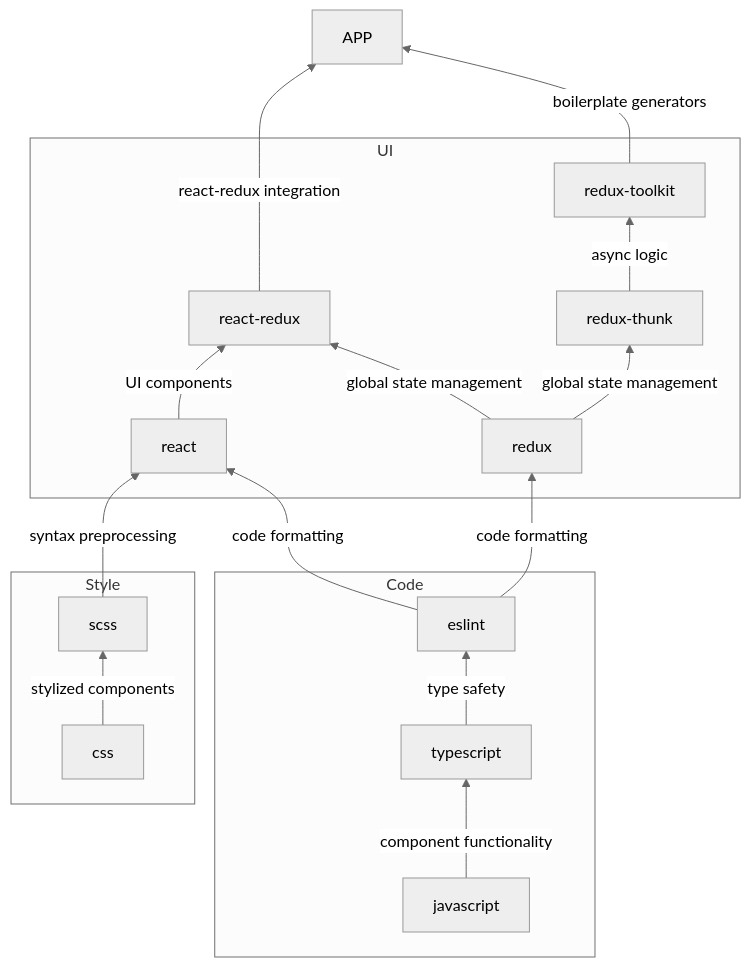
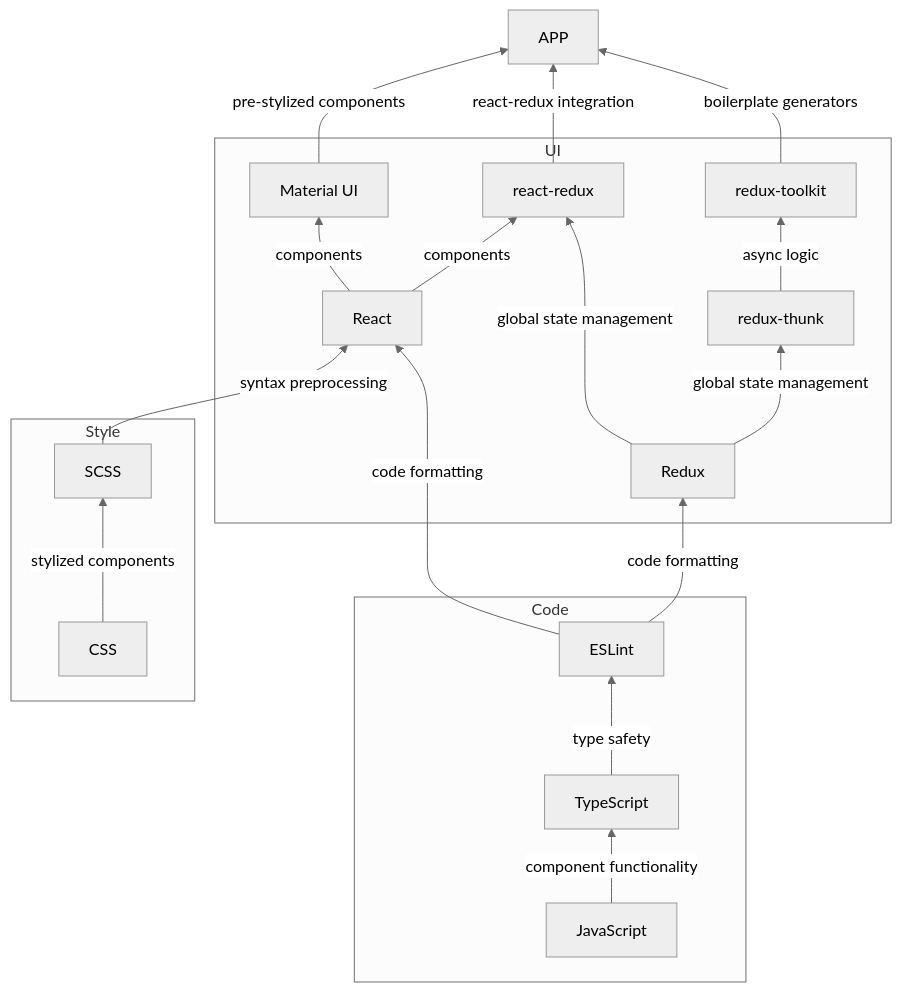
Before and after one commit to ocadotechnology/codeforlife-template-backend: the diagram in docs/frontend/TECH-STACK.md, drawn with Mermaid (neutral theme). The commit also changed other lines of this file, not shown here.

Commit message:
fix graph and names

````diff
--- a/docs/frontend/TECH-STACK.md
+++ b/docs/frontend/TECH-STACK.md
@@ -5,18 +5,19 @@
 ```mermaid
 graph BT;
     subgraph Style;
-        css -->|stylized components| scss;
+        css[CSS] -->|stylized components| scss[SCSS];
     end;
-    scss -->|syntax preprocessing| react
+    scss -->|syntax preprocessing| react[React]
     subgraph Code;
-        javascript -->|component functionality| typescript -->|type safety| eslint;
+        javascript[JavaScript] -->|component functionality| typescript[TypeScript] -->|type safety| eslint[ESLint];
     end;
-    eslint -->|code formatting| react & redux;
+    eslint -->|code formatting| react & redux[Redux];
     subgraph UI;
-        react -->|UI components| react-redux;
+        react -->|components| mui[Material UI] & react-redux;
         redux -->|global state management| react-redux & redux-thunk;
         redux-thunk -->|async logic| redux-toolkit;
     end;
+    mui -->|pre-stylized components| APP;
     react-redux -->|react-redux integration| APP;
     redux-toolkit -->|boilerplate generators| APP;
 ```
````
